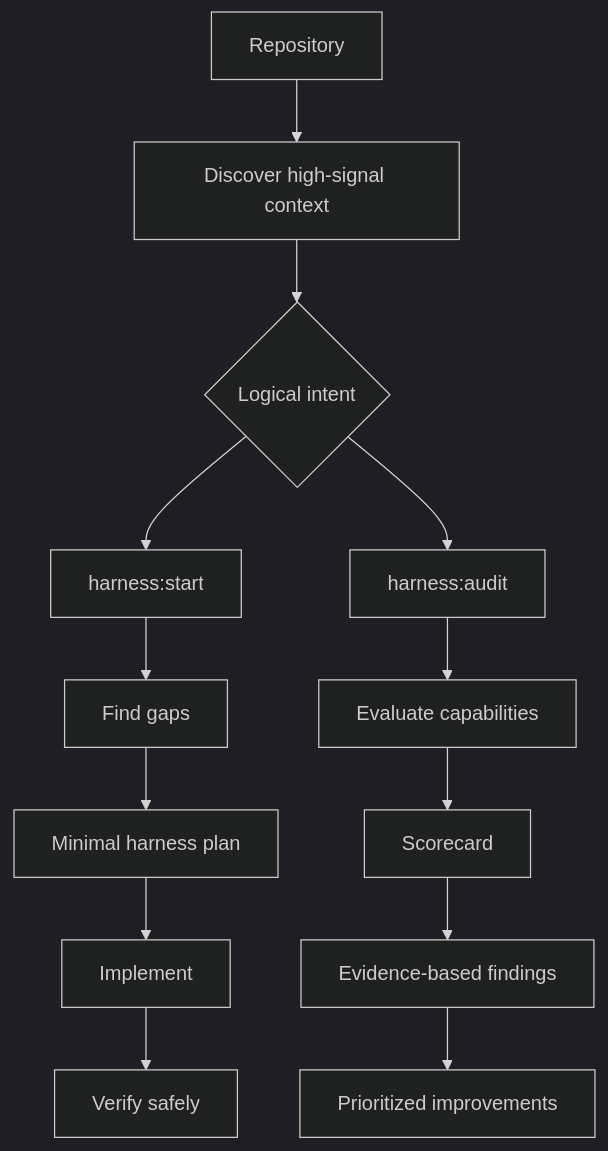
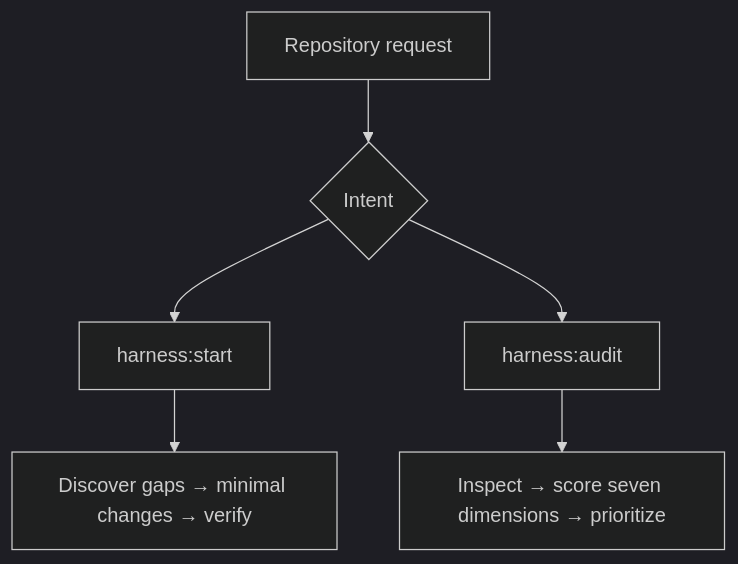
One commit to amnotwallas/repo-harness changed the diagram in README.md. Above: the diagram before and after it, drawn with Mermaid (dark theme). The commit also changed other lines of this file, not shown here.

````diff
--- a/README.md
+++ b/README.md
@@ -46,17 +21,8 @@
 ```mermaid
 flowchart TD
-    repository["Repository"] --> discover["Discover high-signal context"]
-    discover --> intent{"Logical intent"}
-
+    request["Repository request"] --> intent{"Intent"}
     intent --> start["harness:start"]
-    start --> startGaps["Find gaps"]
-    startGaps --> startPlan["Minimal harness plan"]
-    startPlan --> startImplement["Implement"]
-    startImplement --> startVerify["Verify safely"]
-
+    start --> startFlow["Discover gaps → minimal changes → verify"]
     intent --> audit["harness:audit"]
-    audit --> auditEvaluate["Evaluate capabilities"]
-    auditEvaluate --> auditScore["Scorecard"]
-    auditScore --> auditFindings["Evidence-based findings"]
-    auditFindings --> auditImprove["Prioritized improvements"]
+    audit --> auditFlow["Inspect → score seven dimensions → prioritize"]
 ```
````
